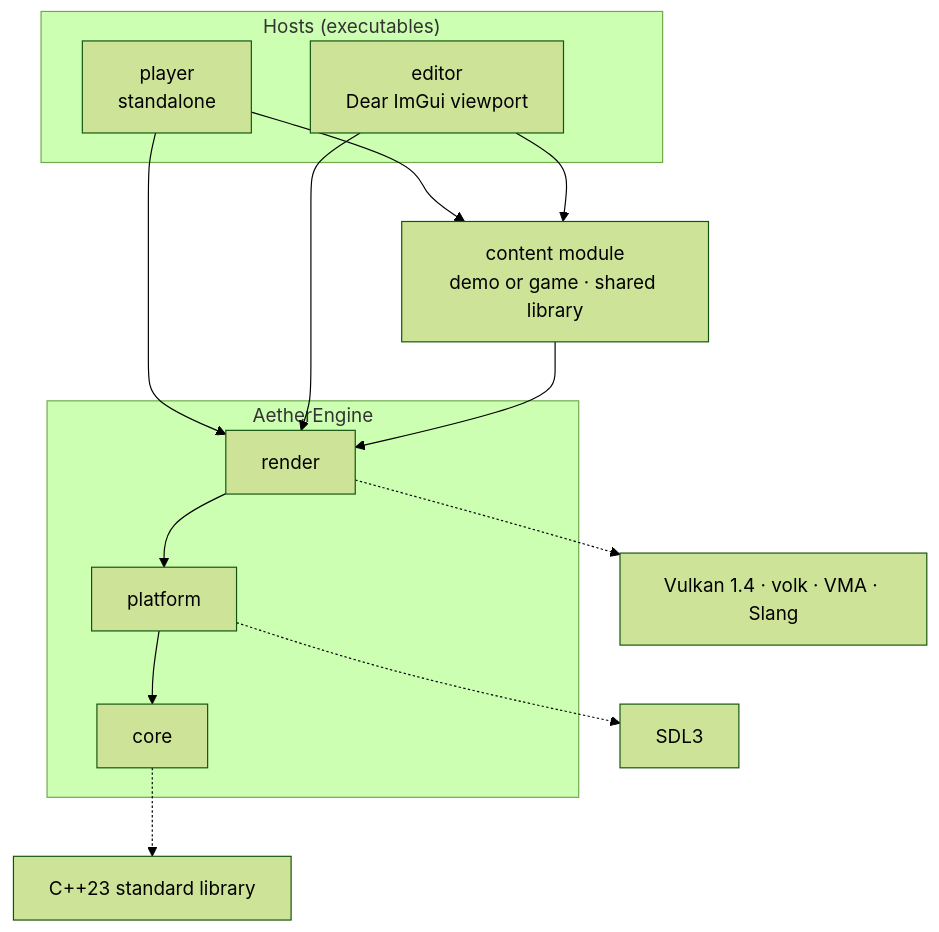
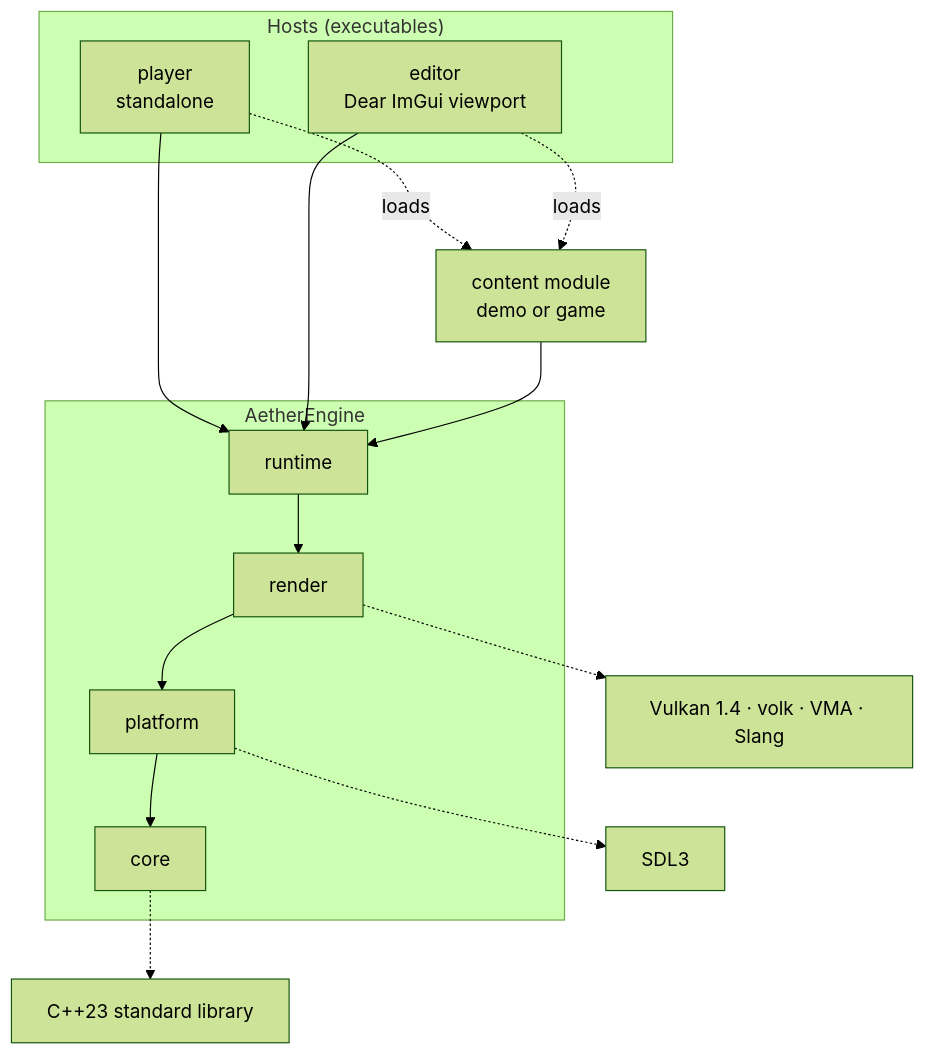
One commit to AIperture-Labs/AetherEngine changed the diagram in docs/architecture.md. Above: the diagram before and after it, drawn with Mermaid (forest theme). The commit also changed other lines of this file and 1 other file, not shown here.

First line of the commit message:
docs(architecture): module, content and linking model

````diff
--- a/docs/architecture.md
+++ b/docs/architecture.md
@@ -7,19 +7,19 @@
 ```mermaid
 flowchart TD
   subgraph hosts["Hosts (executables)"]
     player["player<br/>standalone"]
     editor["editor<br/>Dear ImGui viewport"]
   end
-  content["content module<br/>demo or game · shared library"]
+  content["content module<br/>demo or game"]
   subgraph engine["AetherEngine"]
-    render --> platform --> core
+    runtime --> render --> platform --> core
   end
-  player --> content
-  editor --> content
-  player --> render
-  editor --> render
-  content --> render
+  player --> runtime
+  editor --> runtime
+  player -. loads .-> content
+  editor -. loads .-> content
+  content --> runtime
   render -.-> vk["Vulkan 1.4 · volk · VMA · Slang"]
   platform -.-> sdl["SDL3"]
   core -.-> std["C++23 standard library"]
 ```
````
